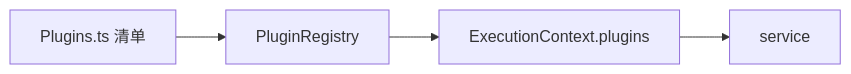
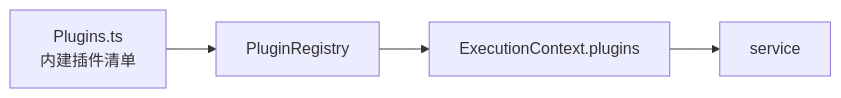
The third of 5 diagrams in devdocs/service-and-plugin.md (wangenius/downcity), drawn with Mermaid before and after one commit. The commit also changed other lines of this file and 123 other files, not shown here.

````diff
--- a/devdocs/service-and-plugin.md
+++ b/devdocs/service-and-plugin.md
@@ -156,6 +226,6 @@
 ```mermaid
 flowchart LR
-  PL["Plugins.ts 清单"] --> PR["PluginRegistry"]
-  PR --> ER["ExecutionContext.plugins"]
-  ER --> SV["service"]
+  LIST["Plugins.ts<br/>内建插件清单"] --> REG["PluginRegistry"]
+  REG --> PORT["ExecutionContext.plugins"]
+  PORT --> SERVICE["service"]
 ```
````
